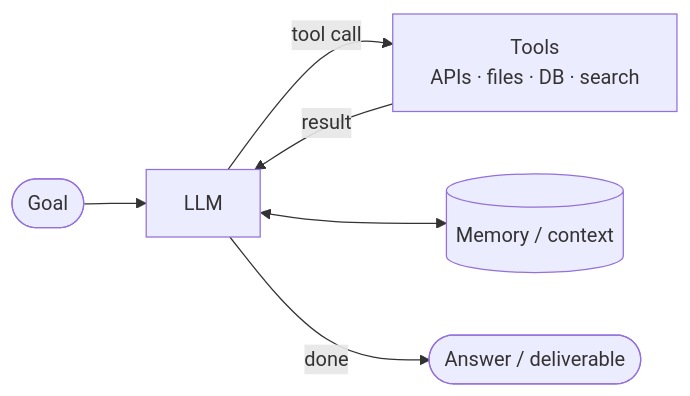
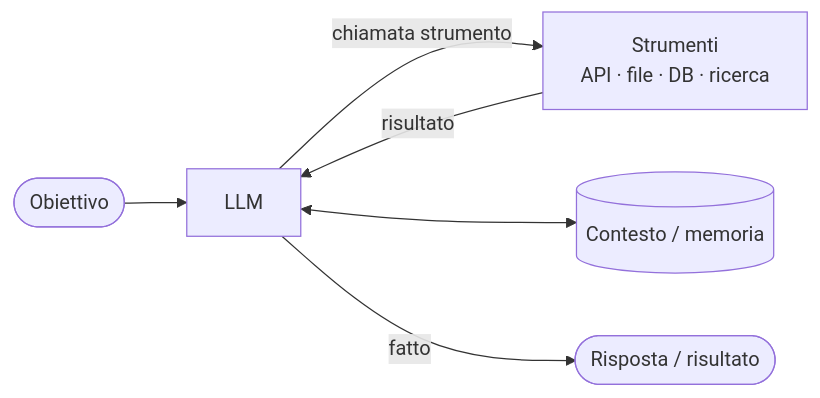
One commit to janmaru/ai-agentic changed the first of 4 diagrams in slides/slides.md. Above: the diagram before and after it, drawn with Mermaid. The commit also changed other lines of this file and 13 other files, not shown here.

````diff
--- a/slides/slides.md
+++ b/slides/slides.md
@@ -49,8 +126,8 @@
 ```mermaid
 flowchart LR
-    U([Goal]) --> M[LLM]
-    M -- tool call --> T[Tools<br/>APIs · files · DB · search]
-    T -- result --> M
-    M <--> Mem[(Memory / context)]
-    M -- done --> A([Answer / deliverable])
+    U([Obiettivo]) --> M[LLM]
+    M -- chiamata strumento --> T[Strumenti<br/>API · file · DB · ricerca]
+    T -- risultato --> M
+    M <--> Mem[(Contesto / memoria)]
+    M -- fatto --> A([Risposta / risultato])
 ```
````
